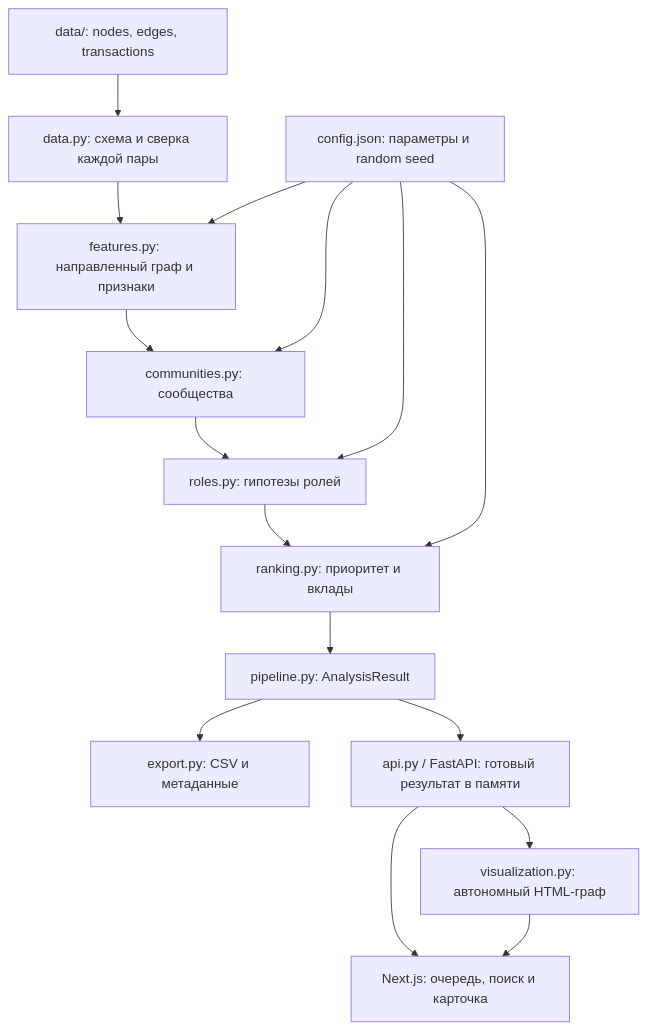
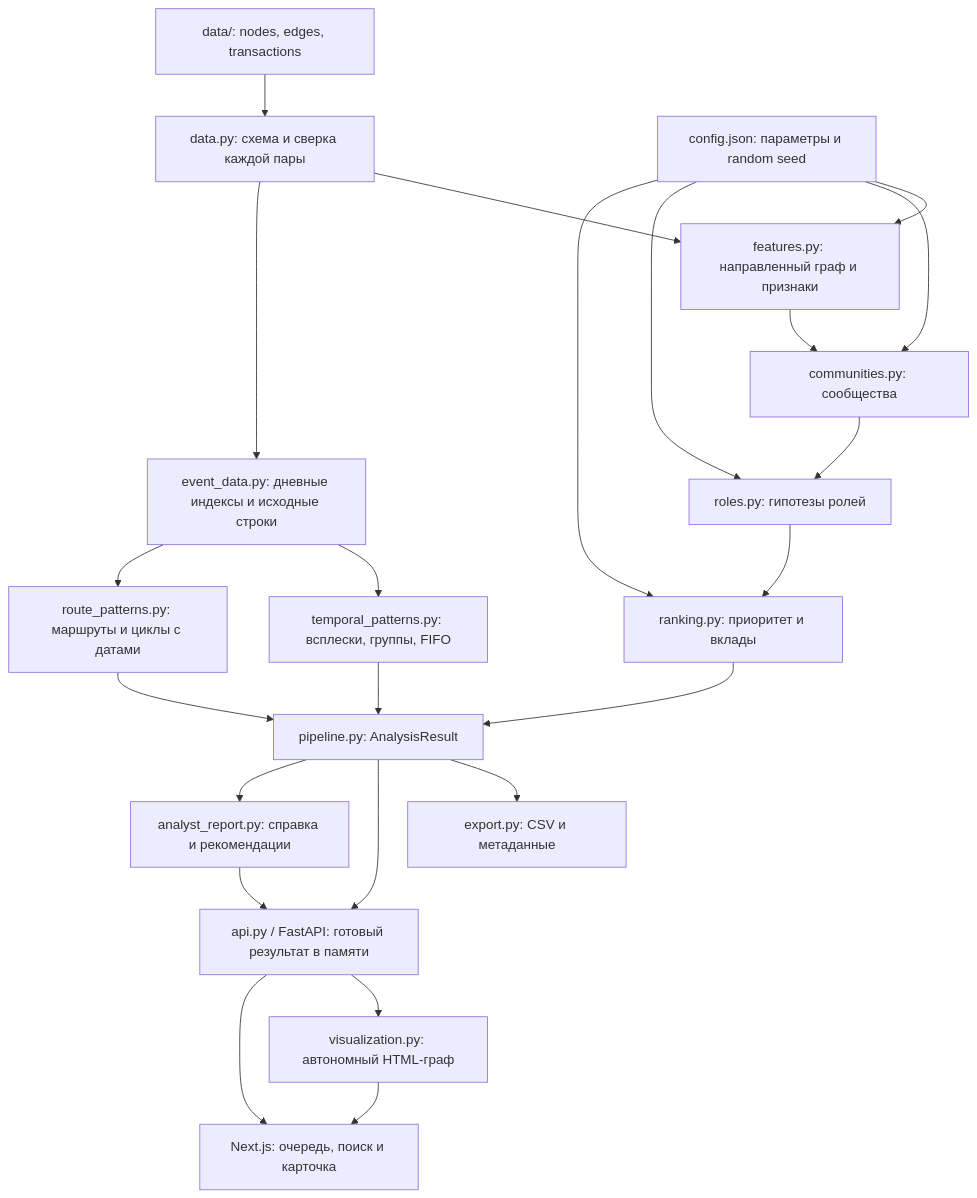
One commit to BAITC-Hacks/hack-912ce0e6-aitushka changed the diagram in docs/architecture.md. Above: the diagram before and after it, drawn with Mermaid. The commit also changed other lines of this file and 24 other files, not shown here.

````diff
--- a/docs/architecture.md
+++ b/docs/architecture.md
@@ -5,18 +5,25 @@
 ```mermaid
 flowchart TD
     D["data/: nodes, edges, transactions"] --> V["data.py: схема и сверка каждой пары"]
     V --> G["features.py: направленный граф и признаки"]
     G --> C["communities.py: сообщества"]
     C --> R["roles.py: гипотезы ролей"]
     R --> P["ranking.py: приоритет и вклады"]
     P --> A["pipeline.py: AnalysisResult"]
+    V --> I["event_data.py: дневные индексы и исходные строки"]
+    I --> T["temporal_patterns.py: всплески, группы, FIFO"]
+    I --> Q["route_patterns.py: маршруты и циклы с датами"]
+    T --> A
+    Q --> A
     A --> E["export.py: CSV и метаданные"]
     A --> API["api.py / FastAPI: готовый результат в памяти"]
     API --> N["visualization.py: автономный HTML-граф"]
     API --> U["Next.js: очередь, поиск и карточка"]
+    A --> B["analyst_report.py: справка и рекомендации"]
+    B --> API
     N --> U
     K["config.json: параметры и random seed"] --> G
     K --> C
     K --> R
     K --> P
 ```
````
